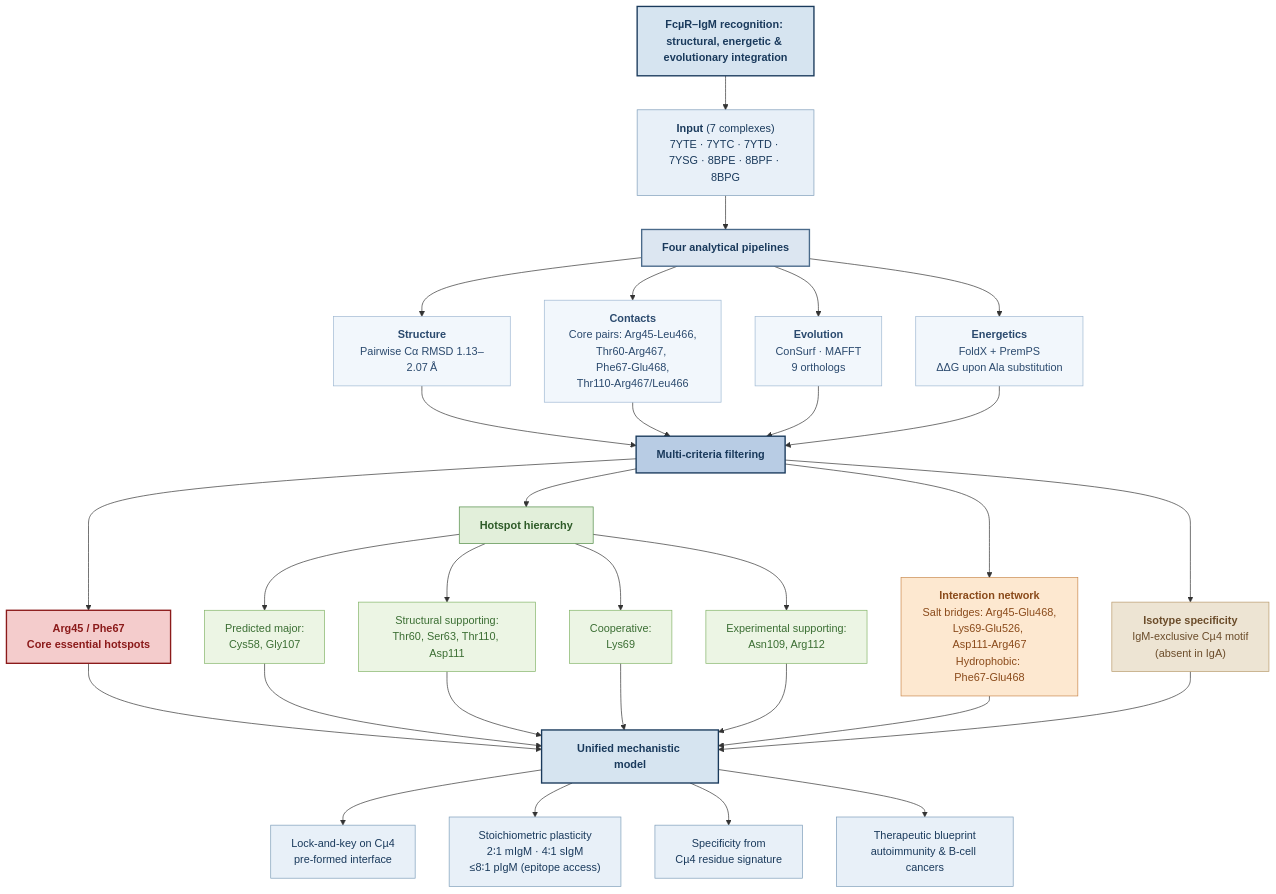
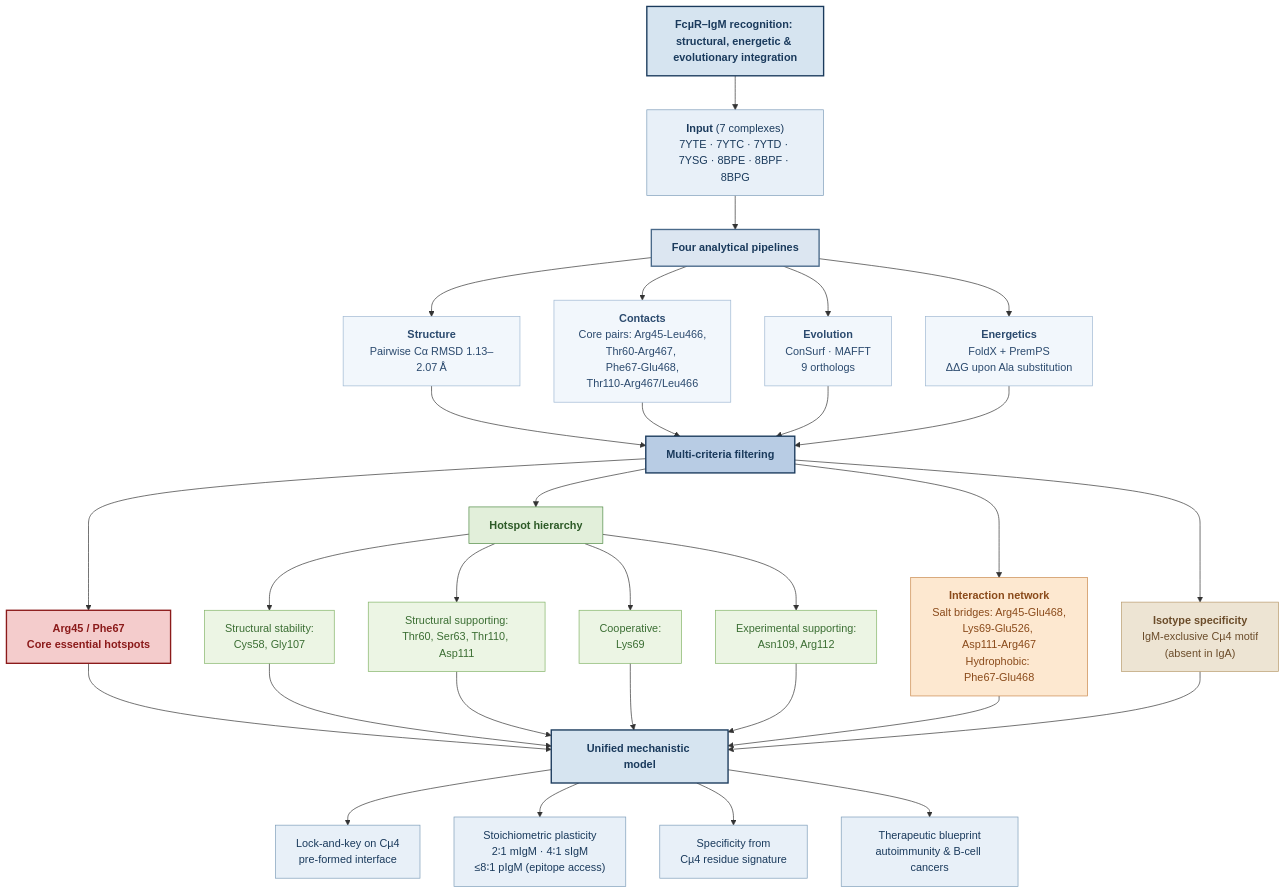
Before and after one commit to tinamdk/FcmR_IgM_Supplementary: the diagram in files/Scripts/fig8_workflow.mermaid, drawn with Mermaid. The commit also changed 3 other files, not shown here.

```diff
--- a/files/Scripts/fig8_workflow.mermaid
+++ b/files/Scripts/fig8_workflow.mermaid
@@ -1,74 +1,74 @@
 graph TD
     Title["<b>FcµR–IgM recognition: structural, energetic & evolutionary integration</b>"]
     Input["<b>Input</b> (7 complexes)<br>7YTE · 7YTC · 7YTD · 7YSG · 8BPE · 8BPF · 8BPG"]
     Pipeline["<b>Four analytical pipelines</b>"]
     P1["<b>Structure</b><br>Pairwise Cα RMSD 1.13–2.07 Å"]
     P2["<b>Contacts</b><br>Core pairs: Arg45‑Leu466,<br>Thr60‑Arg467, Phe67‑Glu468,<br>Thr110‑Arg467/Leu466"]
     P3["<b>Evolution</b><br>ConSurf · MAFFT<br>9 orthologs"]
     P4["<b>Energetics</b><br>FoldX + PremPS<br>ΔΔG upon Ala substitution"]
     Integration["<b>Multi‑criteria filtering</b>"]
     Core["<b>Arg45 / Phe67</b><br>Core essential hotspots"]
     Hierarchy["<b>Hotspot hierarchy</b>"]
-    H2["Predicted major:<br>Cys58, Gly107"]
+    H2["Structural stability:<br>Cys58, Gly107"]
     H3["Structural supporting:<br>Thr60, Ser63, Thr110, Asp111"]
     H4["Cooperative:<br>Lys69"]
     H5["Experimental supporting:<br>Asn109, Arg112"]
     Network["<b>Interaction network</b><br>Salt bridges: Arg45‑Glu468,<br>Lys69‑Glu526, Asp111‑Arg467<br>Hydrophobic: Phe67‑Glu468"]
     Specificity["<b>Isotype specificity</b><br>IgM‑exclusive Cµ4 motif<br>(absent in IgA)"]
     Model["<b>Unified mechanistic model</b>"]
     M1["Lock‑and‑key on Cµ4<br>pre‑formed interface"]
     M2["Stoichiometric plasticity<br>2∶1 mIgM · 4∶1 sIgM<br>≤8∶1 pIgM (epitope access)"]
     M3["Specificity from<br>Cµ4 residue signature"]
     M4["Therapeutic blueprint<br>autoimmunity & B‑cell cancers"]
 
     Title --> Input
     Input --> Pipeline
     Pipeline --> P1
     Pipeline --> P2
     Pipeline --> P3
     Pipeline --> P4
     P1 --> Integration
     P2 --> Integration
     P3 --> Integration
     P4 --> Integration
     Integration --> Core
     Integration --> Hierarchy
     Integration --> Network
     Integration --> Specificity
     Hierarchy --> H2
     Hierarchy --> H3
     Hierarchy --> H4
     Hierarchy --> H5
     Core --> Model
     H2 --> Model
     H3 --> Model
     H4 --> Model
     H5 --> Model
     Network --> Model
     Specificity --> Model
     Model --> M1
     Model --> M2
     Model --> M3
     Model --> M4
 
     style Title fill:#D6E4F0,color:#1A3A5C,stroke:#1A3A5C,stroke-width:2px,font-family:Arial
     style Input fill:#E8F0F8,color:#1A3A5C,stroke:#7D9DB9,font-family:Arial
     style Pipeline fill:#DCE6F1,color:#1A3A5C,stroke:#4A6A8A,stroke-width:2px,font-family:Arial
     style P1 fill:#F2F7FC,color:#2B4A6E,stroke:#9EB8D2,font-family:Arial
     style P2 fill:#F2F7FC,color:#2B4A6E,stroke:#9EB8D2,font-family:Arial
     style P3 fill:#F2F7FC,color:#2B4A6E,stroke:#9EB8D2,font-family:Arial
     style P4 fill:#F2F7FC,color:#2B4A6E,stroke:#9EB8D2,font-family:Arial
     style Integration fill:#B8CCE4,color:#1A3A5C,stroke:#1A3A5C,stroke-width:2px,font-family:Arial
     style Core fill:#F4CCCC,color:#8B1A1A,stroke:#8B1A1A,stroke-width:2px,font-family:Arial,font-weight:bold
     style Hierarchy fill:#E2EFDA,color:#2D5A27,stroke:#4F8A44,stroke-width:1px,font-family:Arial
     style H2 fill:#ECF5E4,color:#3B6E33,stroke:#82B366,font-family:Arial
     style H3 fill:#ECF5E4,color:#3B6E33,stroke:#82B366,font-family:Arial
     style H4 fill:#ECF5E4,color:#3B6E33,stroke:#82B366,font-family:Arial
     style H5 fill:#ECF5E4,color:#3B6E33,stroke:#82B366,font-family:Arial
     style Network fill:#FDE8D0,color:#8A4A1A,stroke:#C9874A,font-family:Arial
     style Specificity fill:#EDE4D3,color:#6B4C2A,stroke:#B89A6B,font-family:Arial
     style Model fill:#D6E4F0,color:#1A3A5C,stroke:#1A3A5C,stroke-width:2px,font-family:Arial
     style M1 fill:#E8F0F8,color:#1A3A5C,stroke:#7D9DB9,font-family:Arial
     style M2 fill:#E8F0F8,color:#1A3A5C,stroke:#7D9DB9,font-family:Arial
     style M3 fill:#E8F0F8,color:#1A3A5C,stroke:#7D9DB9,font-family:Arial
     style M4 fill:#E8F0F8,color:#1A3A5C,stroke:#7D9DB9,font-family:Arial
```
